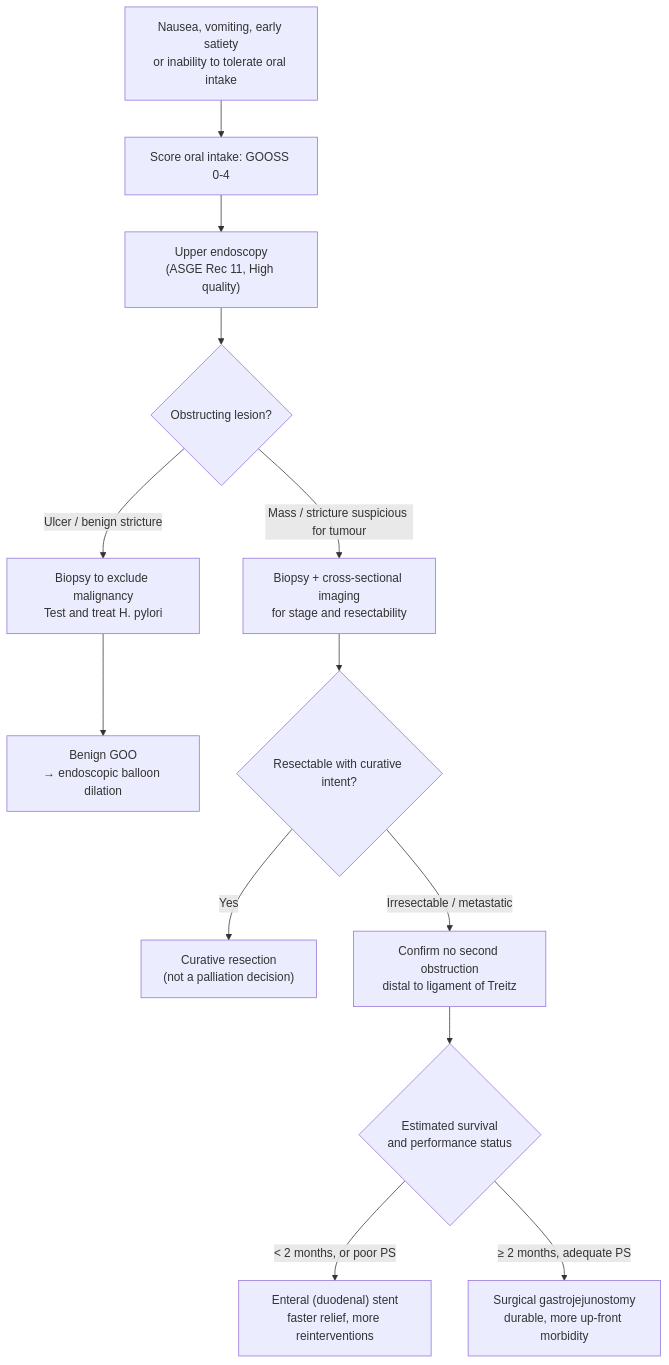
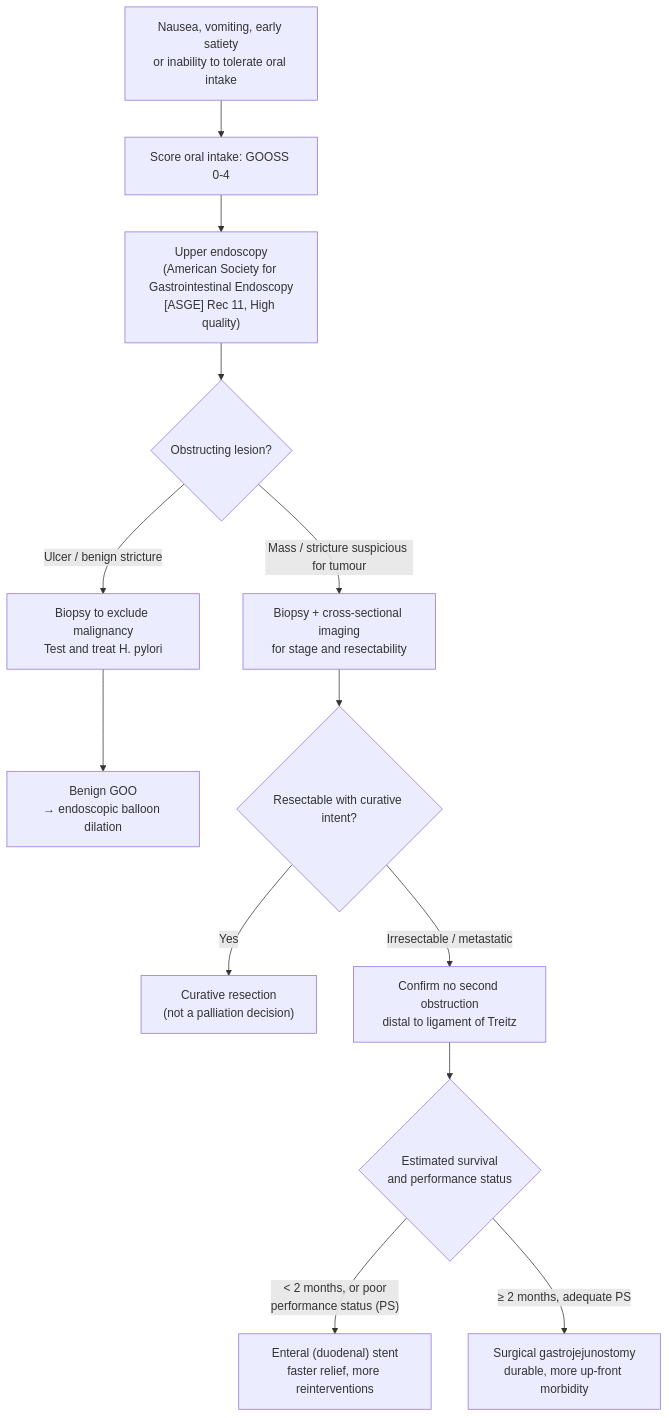
One commit to KHNickLeMD/KHNL-GI-Wiki changed the diagram in KHNL-GI-Wiki/wiki/2-diagnostic-schemas/gastric-outlet-obstruction.md. Above: the diagram before and after it, drawn with Mermaid. The commit also changed other lines of this file and 620 other files, not shown here.

````diff
--- a/KHNL-GI-Wiki/wiki/2-diagnostic-schemas/gastric-outlet-obstruction.md
+++ b/KHNL-GI-Wiki/wiki/2-diagnostic-schemas/gastric-outlet-obstruction.md
@@ -79,15 +79,15 @@
 ```mermaid
 flowchart TD
     A["Nausea, vomiting, early satiety<br/>or inability to tolerate oral intake"] --> B["Score oral intake: GOOSS 0-4"]
-    B --> C["Upper endoscopy<br/>(ASGE Rec 11, High quality)"]
+    B --> C["Upper endoscopy<br/>(American Society for Gastrointestinal Endoscopy<br/>[ASGE] Rec 11, High quality)"]
     C --> D{"Obstructing lesion?"}
     D -->|"Ulcer / benign stricture"| E["Biopsy to exclude malignancy<br/>Test and treat H. pylori"]
     D -->|"Mass / stricture suspicious for tumour"| F["Biopsy + cross-sectional imaging<br/>for stage and resectability"]
     E --> G["Benign GOO<br/>→ endoscopic balloon dilation"]
     F --> H{"Resectable with curative intent?"}
     H -->|Yes| I["Curative resection<br/>(not a palliation decision)"]
     H -->|"Irresectable / metastatic"| J["Confirm no second obstruction<br/>distal to ligament of Treitz"]
     J --> K{"Estimated survival<br/>and performance status"}
-    K -->|"< 2 months, or poor PS"| L["Enteral (duodenal) stent<br/>faster relief, more reinterventions"]
+    K -->|"< 2 months, or poor<br/>performance status (PS)"| L["Enteral (duodenal) stent<br/>faster relief, more reinterventions"]
     K -->|"≥ 2 months, adequate PS"| M["Surgical gastrojejunostomy<br/>durable, more up-front morbidity"]
 ```
````
